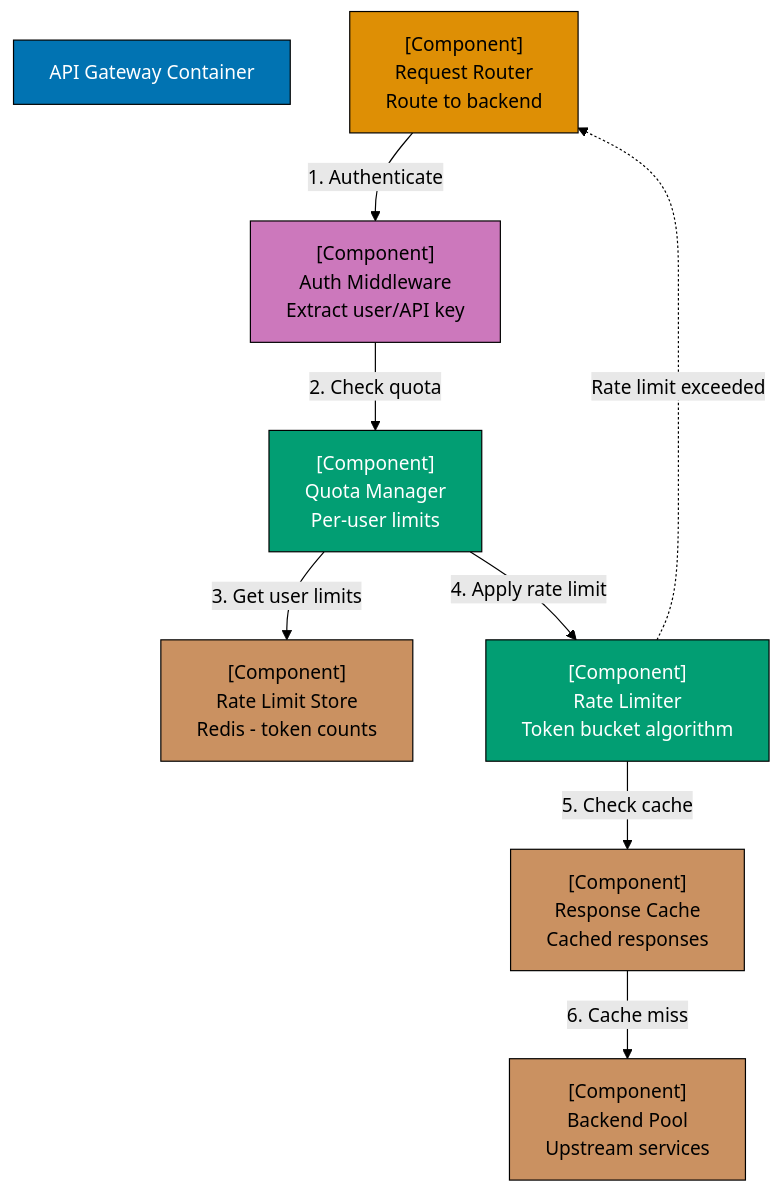
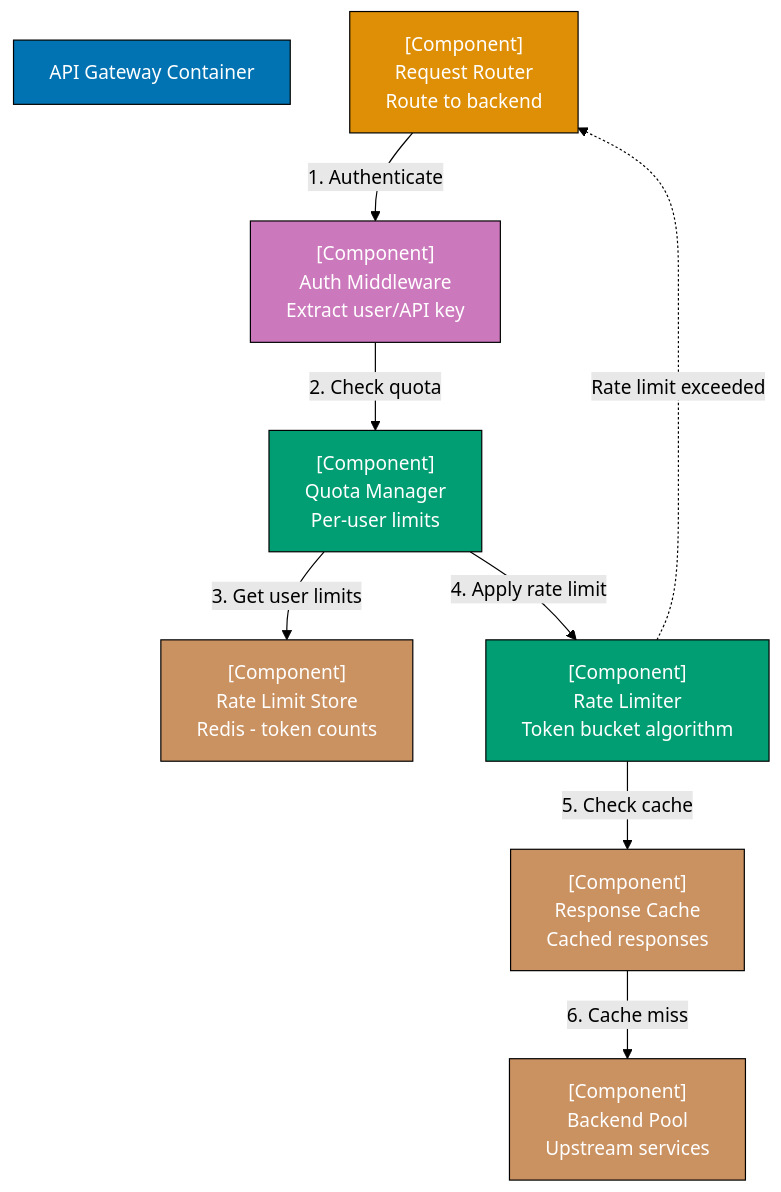
Before and after one commit to wahidyankf/open-sharia-enterprise: the sixth of 30 diagrams in apps/ayokoding-web/content/en/learn/software-engineering/architecture/c4-architecture-model/by-example/intermediate.md, drawn with Mermaid (forest theme). The commit also changed other lines of this file and 61 other files, not shown here.

First line of the commit message:
fix(ayokoding-web): quote Mermaid node labels with special characters in Example 63

````diff
--- a/apps/ayokoding-web/content/en/learn/software-engineering/architecture/c4-architecture-model/by-example/intermediate.md
+++ b/apps/ayokoding-web/content/en/learn/software-engineering/architecture/c4-architecture-model/by-example/intermediate.md
@@ -302,34 +302,34 @@
 ```mermaid
 graph TD
     Gateway["API Gateway Container"]
 
     RequestRouter["[Component]<br/>Request Router<br/>Route to backend"]
 
     RateLimiter["[Component]<br/>Rate Limiter<br/>Token bucket algorithm"]
     RateLimitStore["[Component]<br/>Rate Limit Store<br/>Redis - token counts"]
 
     AuthMiddleware["[Component]<br/>Auth Middleware<br/>Extract user/API key"]
     QuotaManager["[Component]<br/>Quota Manager<br/>Per-user limits"]
 
     ResponseCache["[Component]<br/>Response Cache<br/>Cached responses"]
 
     BackendPool["[Component]<br/>Backend Pool<br/>Upstream services"]
 
     RequestRouter -->|"1. Authenticate"| AuthMiddleware
     AuthMiddleware -->|"2. Check quota"| QuotaManager
     QuotaManager -->|"3. Get user limits"| RateLimitStore
     QuotaManager -->|"4. Apply rate limit"| RateLimiter
 
     RateLimiter -.->|"Rate limit exceeded"| RequestRouter
     RateLimiter -->|"5. Check cache"| ResponseCache
     ResponseCache -->|"6. Cache miss"| BackendPool
 
     style Gateway fill:#0173B2,stroke:#000,color:#fff
-    style RequestRouter fill:#DE8F05,stroke:#000,color:#000
+    style RequestRouter fill:#DE8F05,stroke:#000,color:#fff
     style RateLimiter fill:#029E73,stroke:#000,color:#fff
-    style RateLimitStore fill:#CA9161,stroke:#000,color:#000
-    style AuthMiddleware fill:#CC78BC,stroke:#000,color:#000
+    style RateLimitStore fill:#CA9161,stroke:#000,color:#fff
+    style AuthMiddleware fill:#CC78BC,stroke:#000,color:#fff
     style QuotaManager fill:#029E73,stroke:#000,color:#fff
-    style ResponseCache fill:#CA9161,stroke:#000,color:#000
-    style BackendPool fill:#CA9161,stroke:#000,color:#000
+    style ResponseCache fill:#CA9161,stroke:#000,color:#fff
+    style BackendPool fill:#CA9161,stroke:#000,color:#fff
 ```
````
